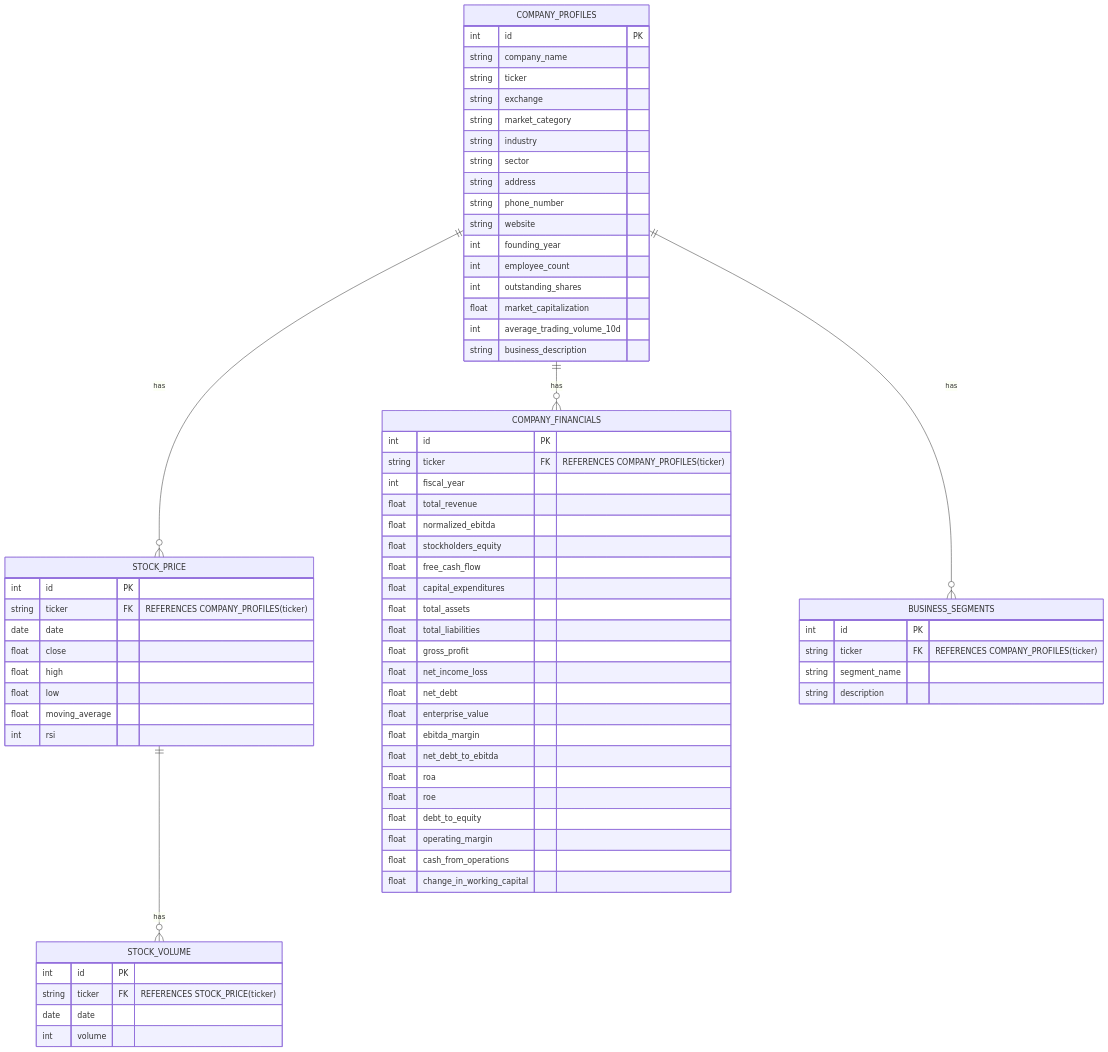
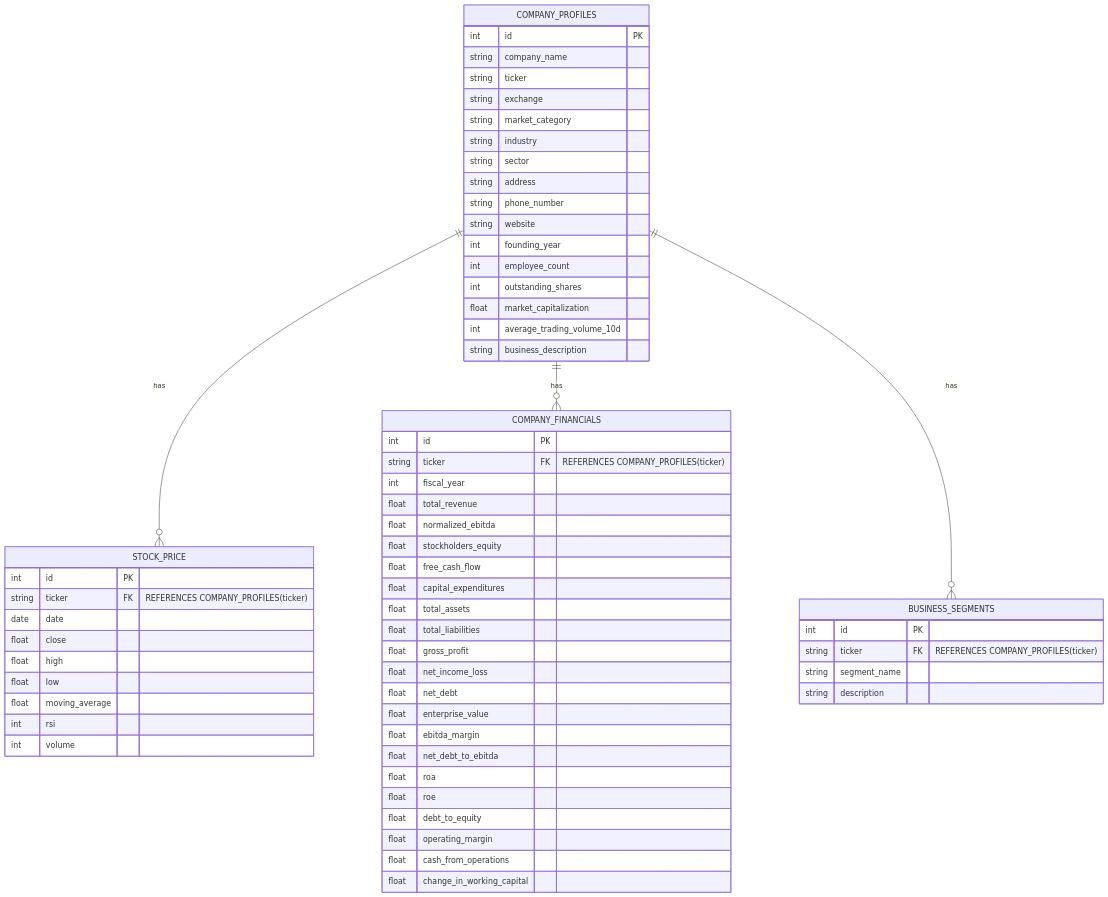
Before and after one commit to ovrsa/bun: the diagram in server/apps/company_info/docs/er_diagram.md, drawn with Mermaid. The commit also changed 5 other files, not shown here.

Commit message:
PRI-180/feat(api): add stock_price

````diff
--- a/server/apps/company_info/docs/er_diagram.md
+++ b/server/apps/company_info/docs/er_diagram.md
@@ -1,78 +1,71 @@
 ```mermaid
 erDiagram
     %% テーブル定義とリレーション
     STOCK_PRICE {
         int id PK
         string ticker FK "REFERENCES COMPANY_PROFILES(ticker)"
         date date
         float close
         float high
         float low
         float moving_average
         int rsi
-    }
-
-    STOCK_VOLUME {
-        int id PK
-        string ticker FK "REFERENCES STOCK_PRICE(ticker)"
-        date date
         int volume
     }
 
     COMPANY_FINANCIALS {
         int id PK
         string ticker FK "REFERENCES COMPANY_PROFILES(ticker)"
         int fiscal_year
         float total_revenue
         float normalized_ebitda
         float stockholders_equity
         float free_cash_flow
         float capital_expenditures
         float total_assets
         float total_liabilities
         float gross_profit
         float net_income_loss
         float net_debt
         float enterprise_value
         float ebitda_margin
         float net_debt_to_ebitda
         float roa
         float roe
         float debt_to_equity
         float operating_margin
         float cash_from_operations
         float change_in_working_capital
     }
 
     COMPANY_PROFILES {
         int id PK
         string company_name
         string ticker
         string exchange
         string market_category
         string industry
         string sector
         string address
         string phone_number
         string website
         int founding_year
         int employee_count
         int outstanding_shares
         float market_capitalization
         int average_trading_volume_10d
         string business_description
     }
 
     BUSINESS_SEGMENTS {
         int id PK
         string ticker FK "REFERENCES COMPANY_PROFILES(ticker)"
         string segment_name
         string description
     }
 
     %% リレーションの定義
     COMPANY_PROFILES ||--o{ STOCK_PRICE: "has"
     COMPANY_PROFILES ||--o{ COMPANY_FINANCIALS: "has"
     COMPANY_PROFILES ||--o{ BUSINESS_SEGMENTS: "has"
-    STOCK_PRICE ||--o{ STOCK_VOLUME: "has"
 ```
````
